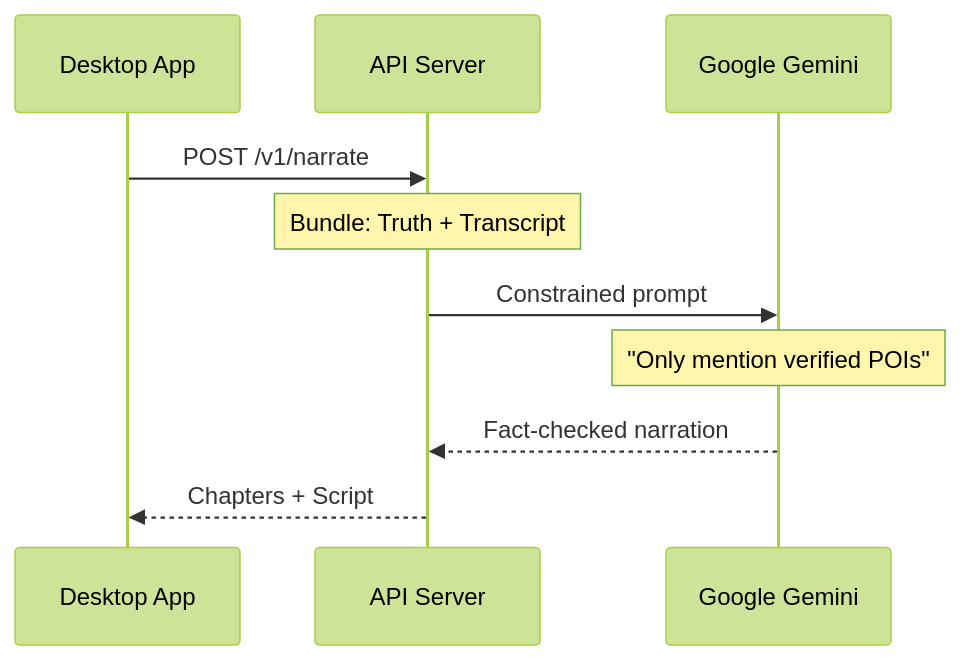
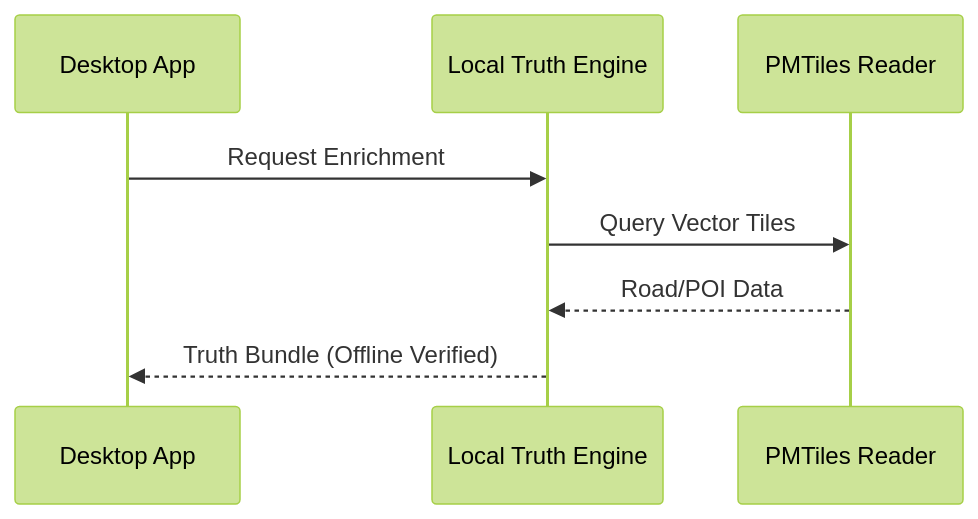
One commit to AndyK888/geotruth-narrative-engine changed the third of 3 diagrams in docs/architecture/README.md. Above: the diagram before and after it, drawn with Mermaid (forest theme). The commit also changed other lines of this file and 3 other files, not shown here.

First line of the commit message:
docs: architecture update for Hybrid Connectivity and Offline Mode

````diff
--- a/docs/architecture/README.md
+++ b/docs/architecture/README.md
@@ -127,13 +127,11 @@
 ```mermaid
 sequenceDiagram
     participant App as Desktop App
-    participant API as API Server
-    participant Gemini as Google Gemini
+    participant Local as Local Truth Engine
+    participant PMTiles as PMTiles Reader
     
-    App->>API: POST /v1/narrate
-    Note over API: Bundle: Truth + Transcript
-    API->>Gemini: Constrained prompt
-    Note over Gemini: "Only mention verified POIs"
-    Gemini-->>API: Fact-checked narration
-    API-->>App: Chapters + Script
+    App->>Local: Request Enrichment
+    Local->>PMTiles: Query Vector Tiles
+    PMTiles-->>Local: Road/POI Data
+    Local-->>App: Truth Bundle (Offline Verified)
 ```
````
